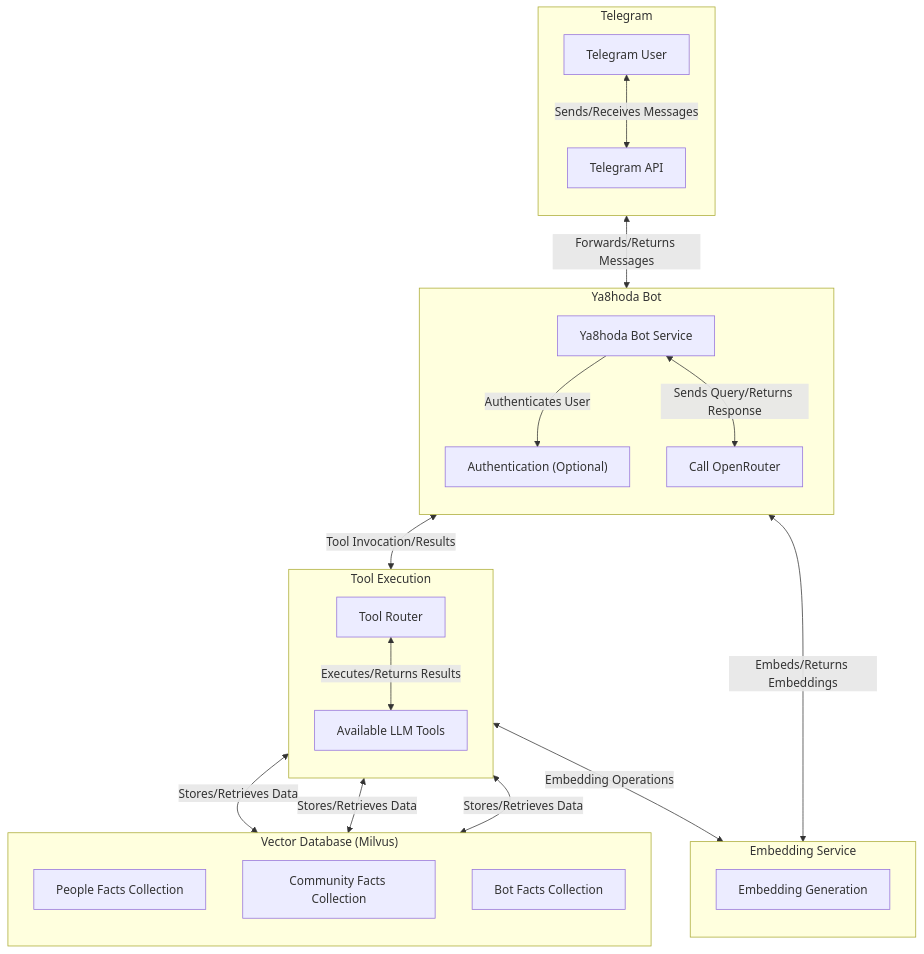
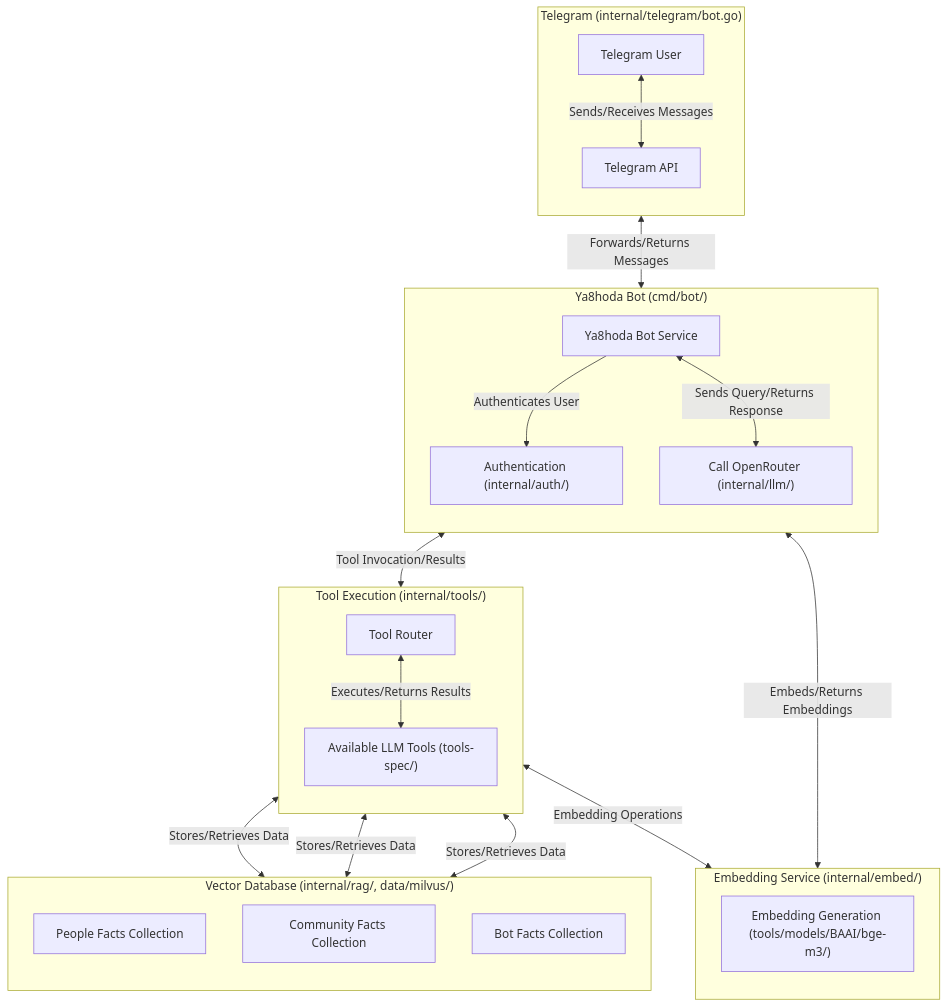
Before and after one commit to hunterwarbs/ya8hoda: the diagram in README.md, drawn with Mermaid.

````diff
--- a/README.md
+++ b/README.md
@@ -53,54 +53,54 @@
 ```mermaid
 graph TD
 
-    subgraph sg_telegram ["Telegram"]
+    subgraph sg_telegram ["Telegram (internal/telegram/bot.go)"]
         direction TB
         User["Telegram User"]
         TelegramAPI["Telegram API"]
     end
 
-    subgraph sg_bot_entry ["Ya8hoda Bot"]
+    subgraph sg_bot_entry ["Ya8hoda Bot (cmd/bot/)"]
         direction TB
         Ya8hodaBot["Ya8hoda Bot Service"]
-        AuthService["Authentication (Optional)"]
-        CallOpenRouter["Call OpenRouter"]
+        AuthService["Authentication (internal/auth/)"]
+        CallOpenRouter["Call OpenRouter (internal/llm/)"]
         
         Ya8hodaBot --> |"Authenticates User"| AuthService
         Ya8hodaBot <--> |"Sends Query/Returns Response"| CallOpenRouter
     end
 
-    subgraph sg_embedding ["Embedding Service"]
+    subgraph sg_embedding ["Embedding Service (internal/embed/)"]
         direction TB
-        EmbeddingSvc["Embedding Generation"]
+        EmbeddingSvc["Embedding Generation (tools/models/BAAI/bge-m3/)"]
     end
     
-    subgraph sg_tool_execution ["Tool Execution"]
+    subgraph sg_tool_execution ["Tool Execution (internal/tools/)"]
         direction TB
         ToolHandler["Tool Router"]
-        AvailableTools["Available LLM Tools"]
+        AvailableTools["Available LLM Tools (tools-spec/)"]
 
         ToolHandler <--> |"Executes/Returns Results"| AvailableTools
     end
 
-    subgraph sg_milvus_db ["Vector Database (Milvus)"]
+    subgraph sg_milvus_db ["Vector Database (internal/rag/, data/milvus/)"]
         direction TB
         PeopleFacts["People Facts Collection"]
         CommunityFacts["Community Facts Collection"]
         BotFacts["Bot Facts Collection"]
     end
 
     %% Connections between Telegram and Bot
     User <--> |"Sends/Receives Messages"| TelegramAPI
     TelegramAPI <--> |"Forwards/Returns Messages"| Ya8hodaBot
 
     %% Main Orchestration
     Ya8hodaBot <--> |"Embeds/Returns Embeddings"| EmbeddingSvc
     
     CallOpenRouter <--> |"Tool Invocation/Results"| ToolHandler
 
     %% Tool Interactions (Abstracted)
     AvailableTools <--> |"Embedding Operations"| EmbeddingSvc
     AvailableTools <--> |"Stores/Retrieves Data"| PeopleFacts
     AvailableTools <--> |"Stores/Retrieves Data"| CommunityFacts
     AvailableTools <--> |"Stores/Retrieves Data"| BotFacts
 ```
````
